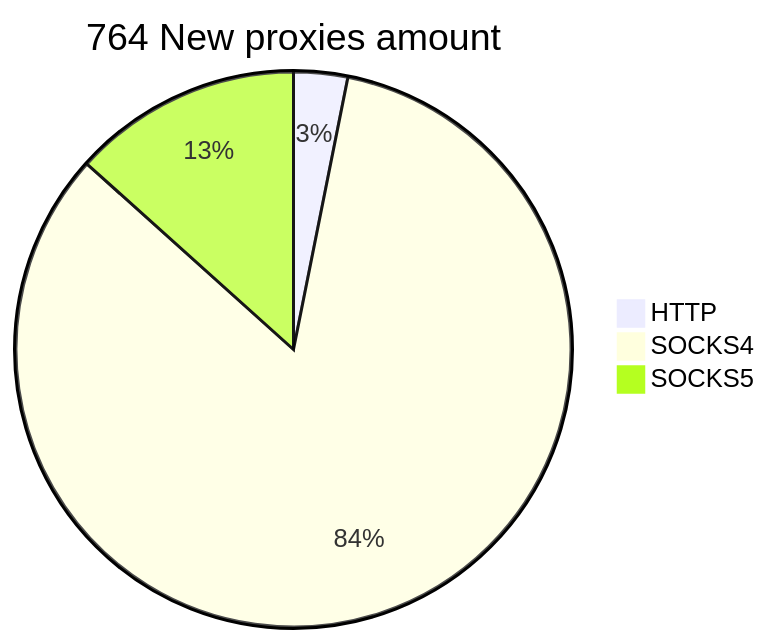
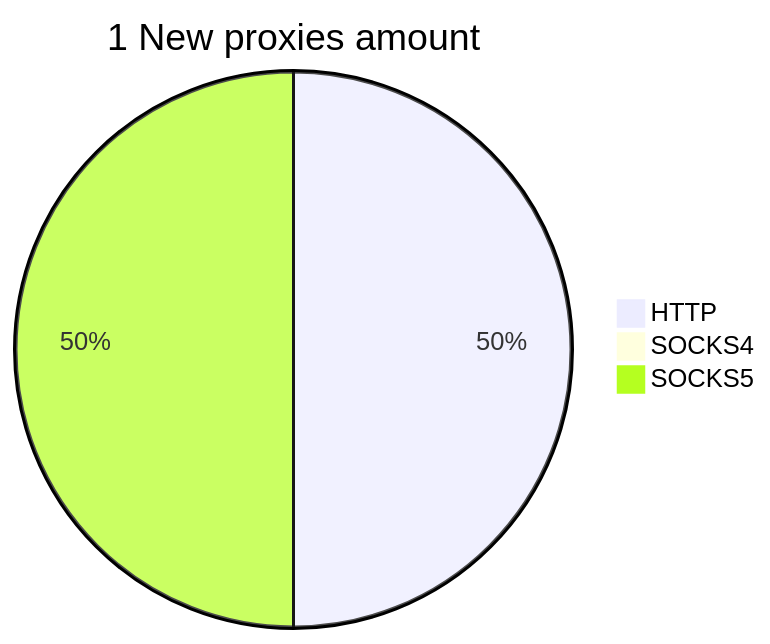
Before and after one commit to cutipu/proxylist: the second of 2 diagrams in README.md, drawn with Mermaid. The commit also changed other lines of this file, not shown here.

````diff
--- a/README.md
+++ b/README.md
@@ -10,6 +10,6 @@
 ```mermaid
-pie title 764 New proxies amount
-    "HTTP" : 24
-    "SOCKS4" : 638
-    "SOCKS5" : 102
+pie title 1 New proxies amount
+    "HTTP" : 1
+    "SOCKS4" : 0
+    "SOCKS5" : 1
 ```
````
